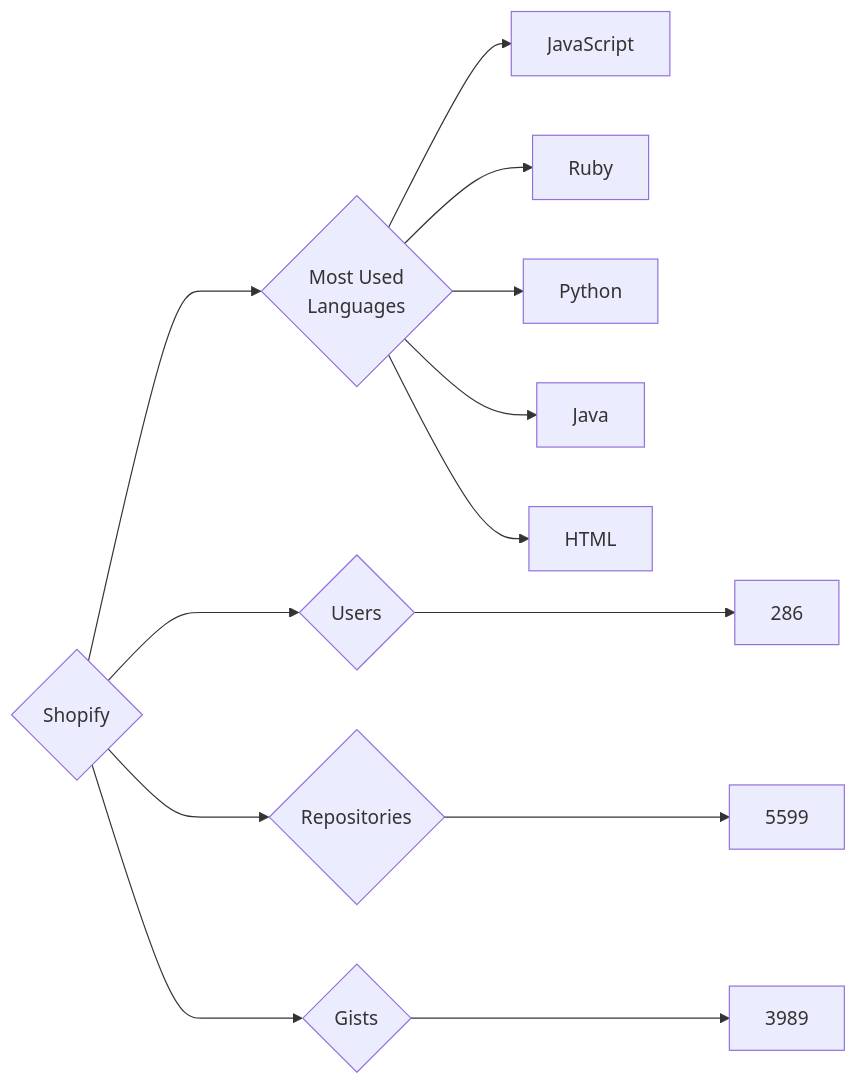
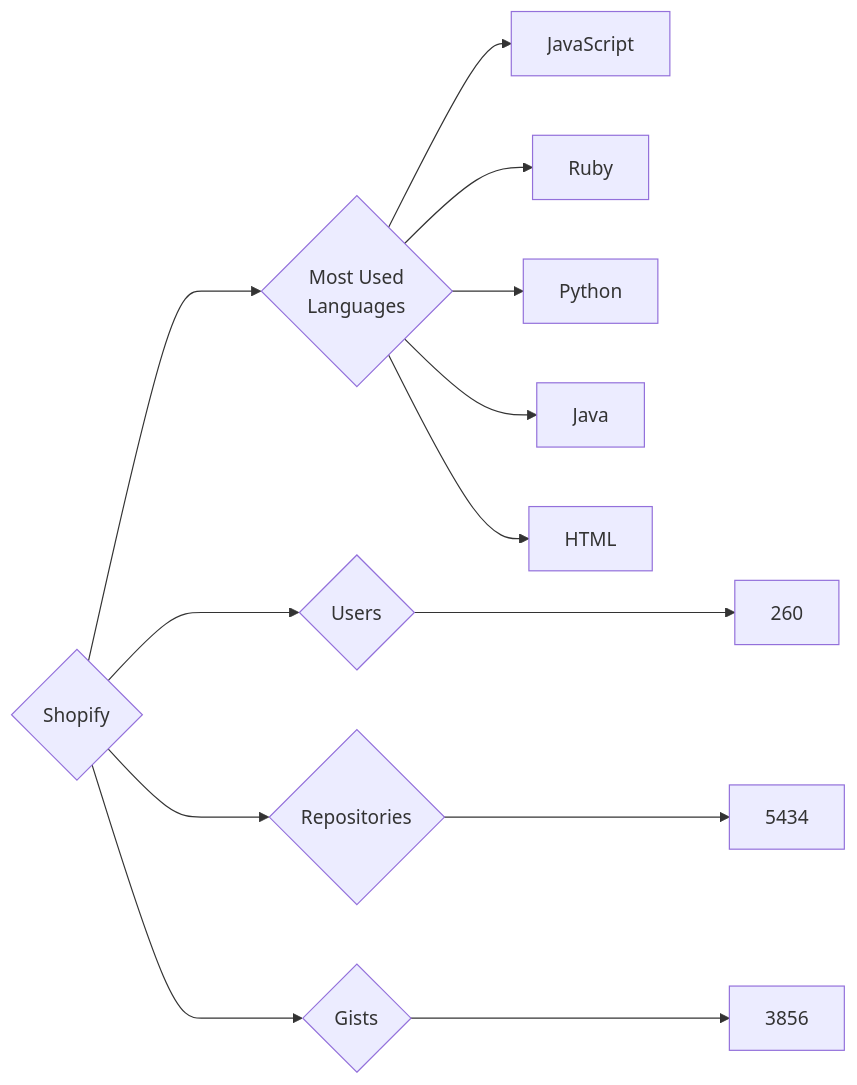
Before and after one commit to trickest/insiders: the diagram in targets/Shopify/README.md, drawn with Mermaid. The commit also changed 829 other files, not shown here.

````diff
--- a/targets/Shopify/README.md
+++ b/targets/Shopify/README.md
@@ -3,13 +3,13 @@
 ```mermaid
 graph LR
 COMPANY_NAME{Shopify}
-COMPANY_NAME ---> U{Users} ---> UN[286]
-COMPANY_NAME ---> R{Repositories} ---> RN[5599]
-COMPANY_NAME ---> G{Gists} ---> GN[3989]
+COMPANY_NAME ---> U{Users} ---> UN[260]
+COMPANY_NAME ---> R{Repositories} ---> RN[5434]
+COMPANY_NAME ---> G{Gists} ---> GN[3856]
 COMPANY_NAME ---> ML{Most Used<br>Languages}
 ML --> JavaScript[JavaScript]
 ML --> Ruby[Ruby]
 ML --> Python[Python]
 ML --> Java[Java]
 ML --> HTML[HTML]
 ```
````
